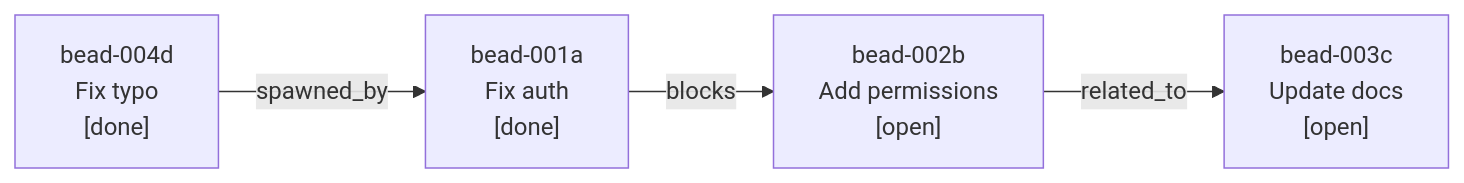
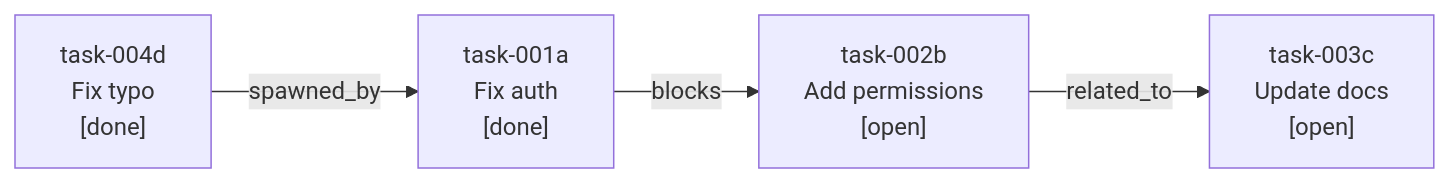
The diagram in plugins/principled-tasks/README.md (alexnodeland/principled), drawn with Mermaid before and after one commit. The commit also changed other lines of this file and 8 other files, not shown here.

Commit message:
fix: CLI consistency, complete bead→task rename, add task-update skill, auto-init db dir

````diff
--- a/plugins/principled-tasks/README.md
+++ b/plugins/principled-tasks/README.md
@@ -24,11 +24,11 @@
 ```mermaid
 flowchart LR
-    A["bead-001a\nFix auth\n[done]"]
-    B["bead-002b\nAdd permissions\n[open]"]
-    C["bead-003c\nUpdate docs\n[open]"]
-    D["bead-004d\nFix typo\n[done]"]
+    A["task-001a\nFix auth\n[done]"]
+    B["task-002b\nAdd permissions\n[open]"]
+    C["task-003c\nUpdate docs\n[open]"]
+    D["task-004d\nFix typo\n[done]"]
 
     A -->|blocks| B
     B -->|related_to| C
     D -->|spawned_by| A
 ```
````
